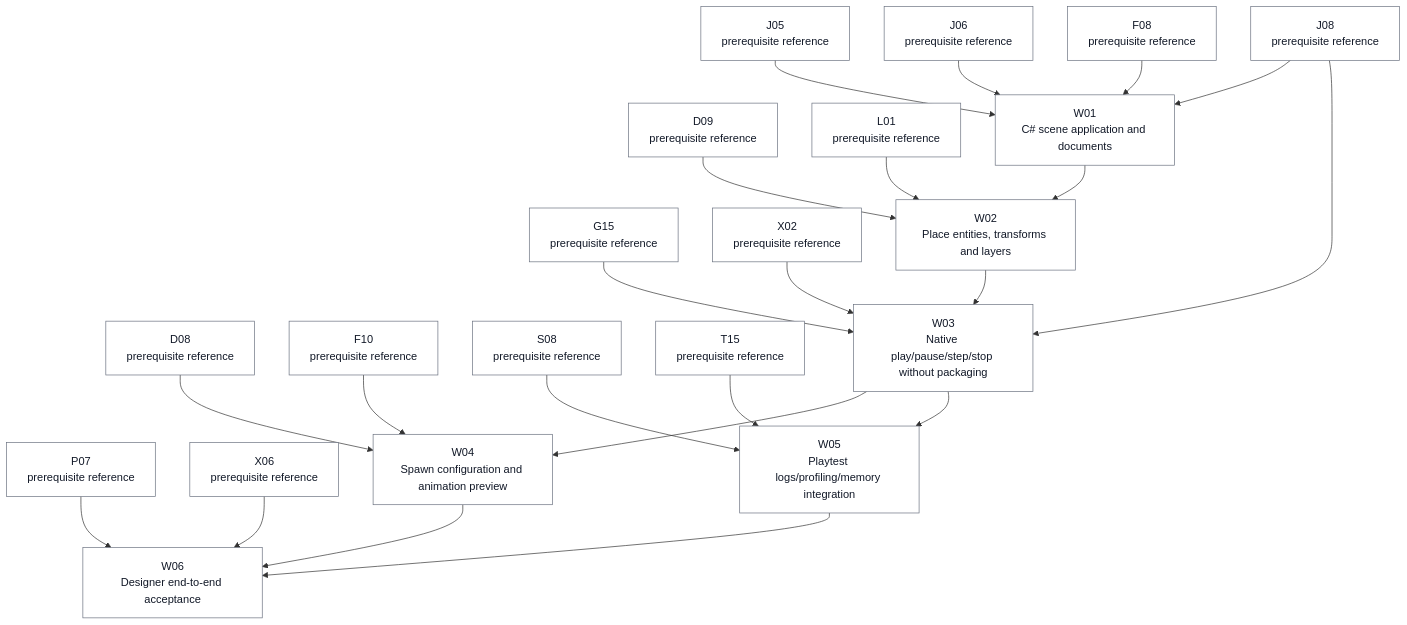
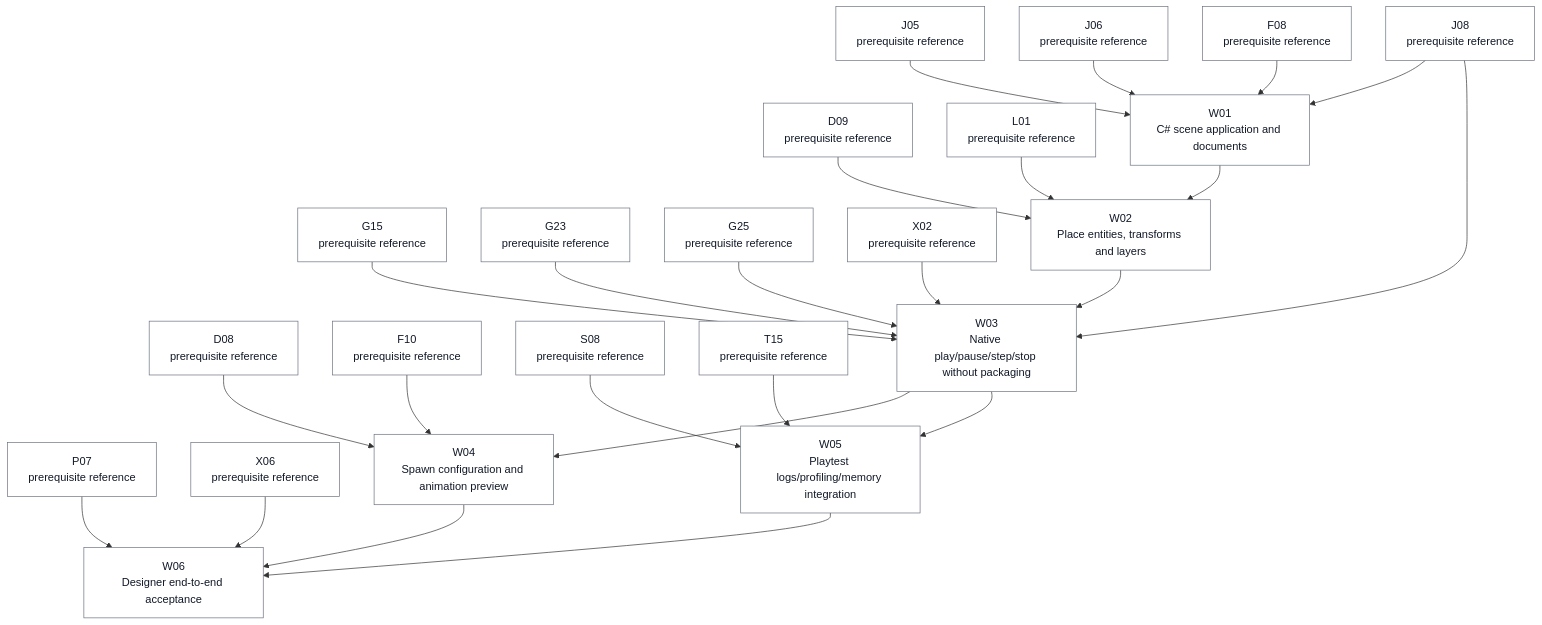
Diagram 24 of 28 in docs/task-dependencies.md (ocarizr/spaceraiders), drawn with Mermaid before and after one commit. The commit also changed other lines of this file and 9 other files, not shown here.

````diff
--- a/docs/task-dependencies.md
+++ b/docs/task-dependencies.md
@@ -1469,47 +1577,51 @@
 ```mermaid
 flowchart TD
     ref_W_D08["D08<br/>prerequisite reference"]:::pending
     ref_W_D09["D09<br/>prerequisite reference"]:::pending
     ref_W_F08["F08<br/>prerequisite reference"]:::pending
     ref_W_F10["F10<br/>prerequisite reference"]:::pending
     ref_W_G15["G15<br/>prerequisite reference"]:::pending
+    ref_W_G23["G23<br/>prerequisite reference"]:::pending
+    ref_W_G25["G25<br/>prerequisite reference"]:::pending
     ref_W_J05["J05<br/>prerequisite reference"]:::pending
     ref_W_J06["J06<br/>prerequisite reference"]:::pending
     ref_W_J08["J08<br/>prerequisite reference"]:::pending
     ref_W_L01["L01<br/>prerequisite reference"]:::pending
     ref_W_P07["P07<br/>prerequisite reference"]:::pending
     ref_W_S08["S08<br/>prerequisite reference"]:::pending
     ref_W_T15["T15<br/>prerequisite reference"]:::pending
     ref_W_X02["X02<br/>prerequisite reference"]:::pending
     ref_W_X06["X06<br/>prerequisite reference"]:::pending
     W01["W01<br/>C# scene application and documents"]:::pending
     W02["W02<br/>Place entities, transforms and layers"]:::pending
     W03["W03<br/>Native play/pause/step/stop without packaging"]:::pending
     W04["W04<br/>Spawn configuration and animation preview"]:::pending
     W05["W05<br/>Playtest logs/profiling/memory integration"]:::pending
     W06["W06<br/>Designer end-to-end acceptance"]:::pending
     ref_W_J05 --> W01
     ref_W_J06 --> W01
     ref_W_J08 --> W01
     ref_W_F08 --> W01
     W01 --> W02
     ref_W_L01 --> W02
     ref_W_D09 --> W02
     W02 --> W03
     ref_W_X02 --> W03
     ref_W_J08 --> W03
     ref_W_G15 --> W03
+    ref_W_G23 --> W03
+    ref_W_G25 --> W03
     W03 --> W04
     ref_W_D08 --> W04
     ref_W_F10 --> W04
     W03 --> W05
     ref_W_T15 --> W05
     ref_W_S08 --> W05
     W04 --> W06
     W05 --> W06
     ref_W_X06 --> W06
     ref_W_P07 --> W06
     classDef pending fill:#ffffff,stroke:#6b7280,color:#111827
     classDef ready fill:#86efac,stroke:#166534,color:#111827
     classDef done fill:#f87171,stroke:#991b1b,color:#111827
 ```
````
